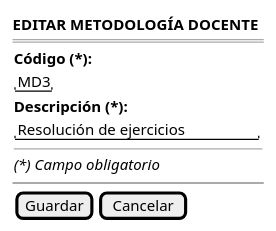
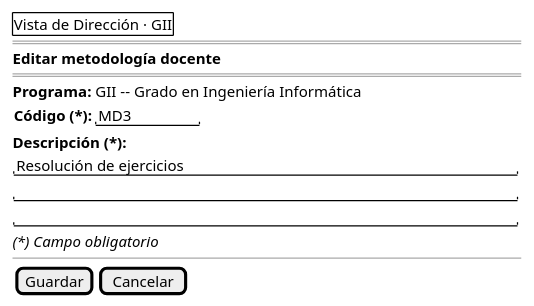
One commit to mmasias/pyCeldaPublico changed the diagram in RUP/01-requisitos/03-detalle-casos-uso/editarMetodologiaDocente/wireframes.puml. Above: the diagram before and after it, drawn with PlantUML. The commit also changed 353 other files, not shown here.

```diff
--- a/RUP/01-requisitos/03-detalle-casos-uso/editarMetodologiaDocente/wireframes.puml
+++ b/RUP/01-requisitos/03-detalle-casos-uso/editarMetodologiaDocente/wireframes.puml
@@ -1,16 +1,19 @@
 @startsalt editarMetodologiaDocente-wireframe
 {
-    <b>EDITAR METODOLOGÍA DOCENTE</b>
+    {+ Vista de Dirección · GII }
     ====
+    <b>Editar metodología docente</b>
+    ====
+    <b>Programa:</b> GII -- Grado en Ingeniería Informática
     {
-        <b>Código (*):</b>
-        "MD3"
-        <b>Descripción (*):</b>
-        "Resolución de ejercicios"
-        --
-        <i>(*) Campo obligatorio</i>
+        <b>Código (*):</b> | "MD3       "
     }
-    ~~
+    <b>Descripción (*):</b>
+    "Resolución de ejercicios                          "
+    "                                                  "
+    "                                                  "
+    <i>(*) Campo obligatorio</i>
+    --
     {[Guardar] | [Cancelar]}
 }
 @endsalt
```
